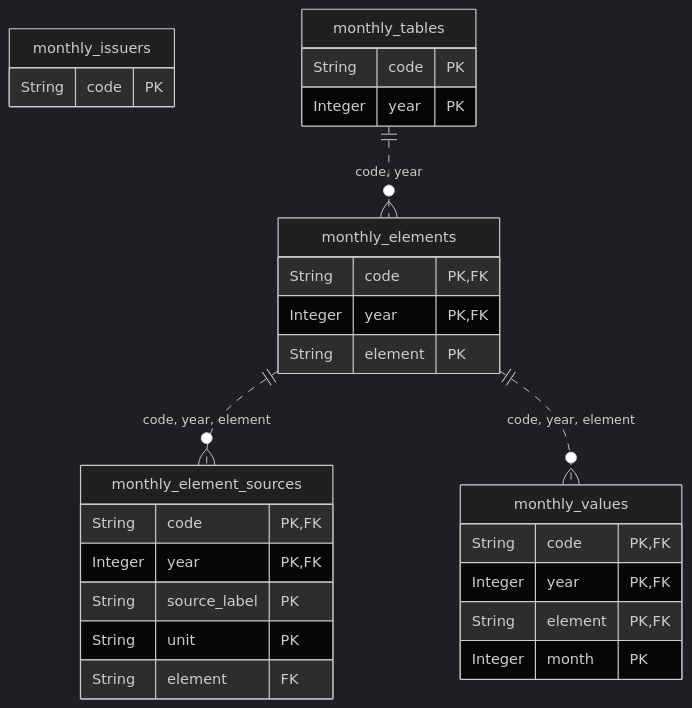
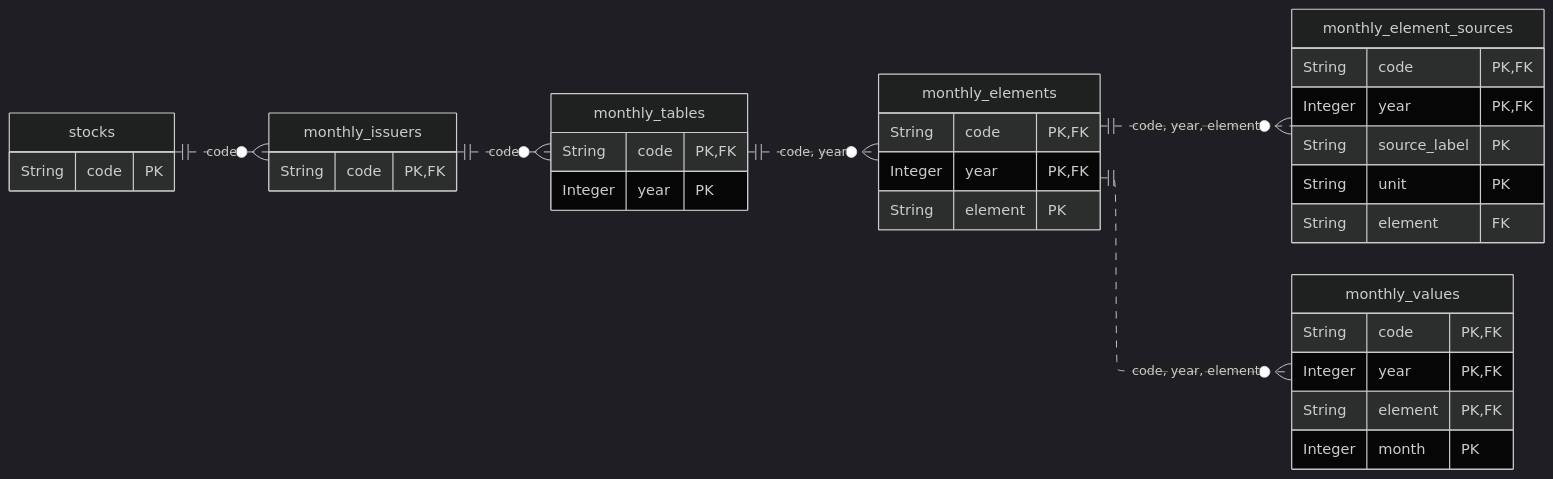
One commit to pekumirui/stock-analyzer changed the diagram in docs/schema/monthly.md. Above: the diagram before and after it, drawn with Mermaid (dark theme). The commit also changed other lines of this file and 10 other files, not shown here.

First line of the commit message:
improve(KAB-495): ER 図に全部の参照を線で出し、並べ方を ELK の横向きにする

````diff
--- a/docs/schema/monthly.md
+++ b/docs/schema/monthly.md
@@ -7,31 +7,41 @@
 ```mermaid
+---
+config:
+  layout: elk
+---
 erDiagram
+  direction LR
   monthly_element_sources {
     String code PK, FK
     Integer year PK, FK
     String source_label PK
     String unit PK
     String element FK
   }
   monthly_elements {
     String code PK, FK
     Integer year PK, FK
     String element PK
   }
   monthly_issuers {
-    String code PK
+    String code PK, FK
   }
   monthly_tables {
-    String code PK
+    String code PK, FK
     Integer year PK
   }
   monthly_values {
     String code PK, FK
     Integer year PK, FK
     String element PK, FK
     Integer month PK
   }
+  stocks {
+    String code PK
+  }
   monthly_elements ||..o{ monthly_element_sources : "code, year, element"
   monthly_elements ||..o{ monthly_values : "code, year, element"
+  monthly_issuers ||..o{ monthly_tables : code
   monthly_tables ||..o{ monthly_elements : "code, year"
+  stocks ||..o{ monthly_issuers : code
 ```
````
